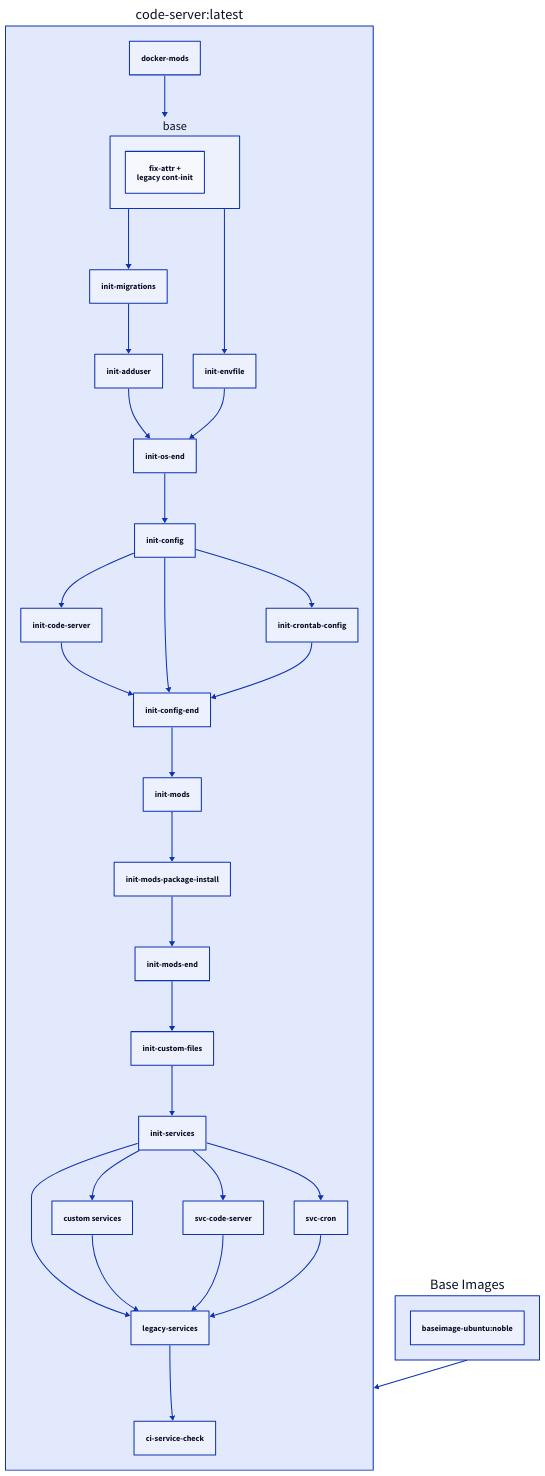
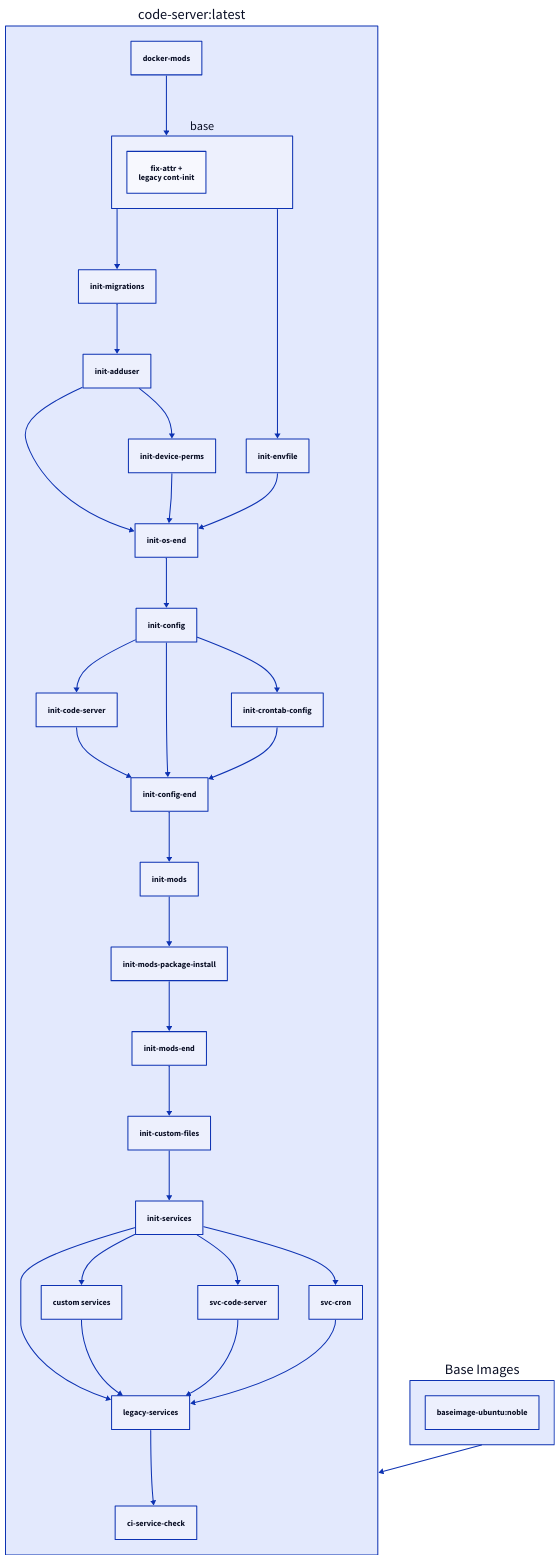
One commit to pagdot/docker-documentation changed the diagram in docs/images/docker-code-server.md. Above: the diagram before and after it, drawn with D2.

Commit message:
Bot Updating Documentation

````diff
--- a/docs/images/docker-code-server.md
+++ b/docs/images/docker-code-server.md
@@ -339,39 +339,41 @@
     ```d2
     "code-server:latest": {
       docker-mods
       base {
         fix-attr +\nlegacy cont-init
       }
       docker-mods -> base
       legacy-services
       custom services
       init-services -> legacy-services
       init-services -> custom services
       custom services -> legacy-services
       legacy-services -> ci-service-check
       init-migrations -> init-adduser
       init-config -> init-code-server
       init-os-end -> init-config
       init-code-server -> init-config-end
       init-config -> init-config-end
       init-crontab-config -> init-config-end
       init-config -> init-crontab-config
       init-mods-end -> init-custom-files
+      init-adduser -> init-device-perms
       base -> init-envfile
       base -> init-migrations
       init-config-end -> init-mods
       init-mods-package-install -> init-mods-end
       init-mods -> init-mods-package-install
       init-adduser -> init-os-end
+      init-device-perms -> init-os-end
       init-envfile -> init-os-end
       init-custom-files -> init-services
       init-services -> svc-code-server
       svc-code-server -> legacy-services
       init-services -> svc-cron
       svc-cron -> legacy-services
     }
     Base Images: {
       "baseimage-ubuntu:noble"
     }
     "code-server:latest" <- Base Images
     ```
````
